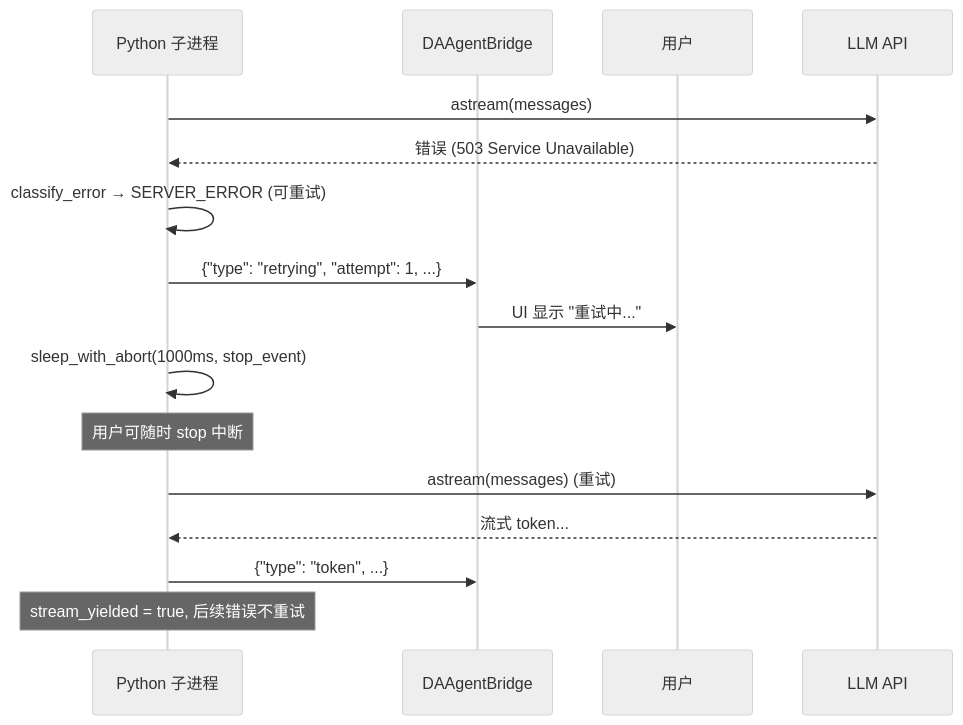
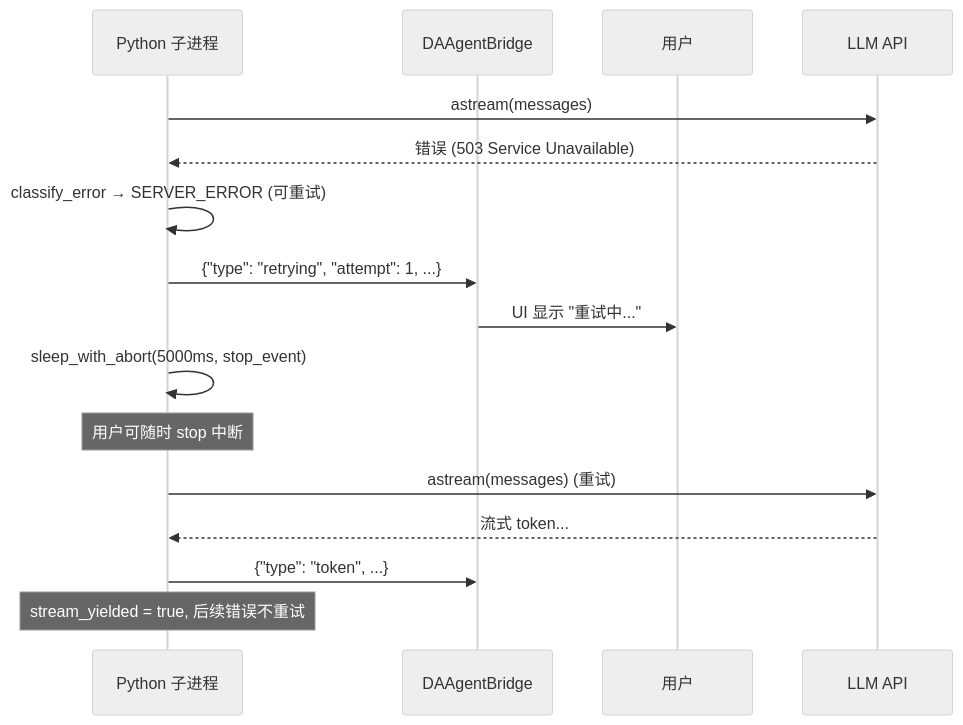
The fourth of 4 diagrams in docs/zh/dev-guide/agent/crash-recovery.md (czyt1988/data-workbench), drawn with Mermaid (neutral theme) before and after one commit. The commit also changed other lines of this file and 21 other files, not shown here.

````diff
--- a/docs/zh/dev-guide/agent/crash-recovery.md
+++ b/docs/zh/dev-guide/agent/crash-recovery.md
@@ -280,22 +283,22 @@
 ```mermaid
 sequenceDiagram
     participant P as Python 子进程
     participant B as DAAgentBridge
     participant U as 用户
     participant LLM as LLM API
 
     P->>LLM: astream(messages)
     LLM-->>P: 错误 (503 Service Unavailable)
     P->>P: classify_error → SERVER_ERROR (可重试)
 
     P->>B: {"type": "retrying", "attempt": 1, ...}
     B->>U: UI 显示 "重试中..."
 
-    P->>P: sleep_with_abort(1000ms, stop_event)
+    P->>P: sleep_with_abort(5000ms, stop_event)
     Note over P: 用户可随时 stop 中断
 
     P->>LLM: astream(messages) (重试)
     LLM-->>P: 流式 token...
     P->>B: {"type": "token", ...}
     Note over P: stream_yielded = true, 后续错误不重试
 ```
````
